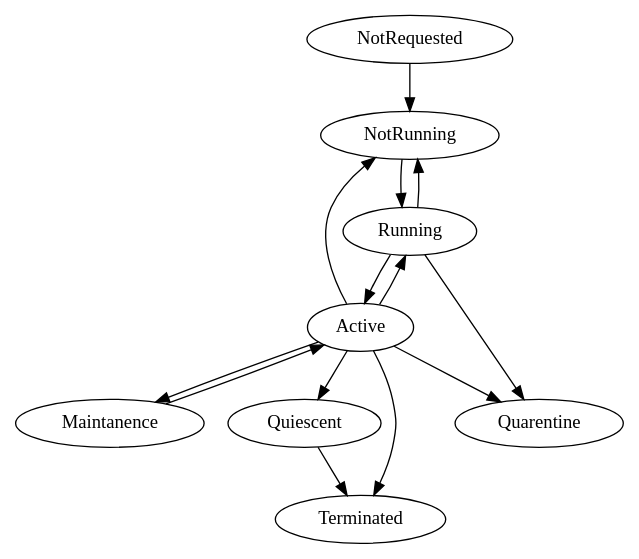
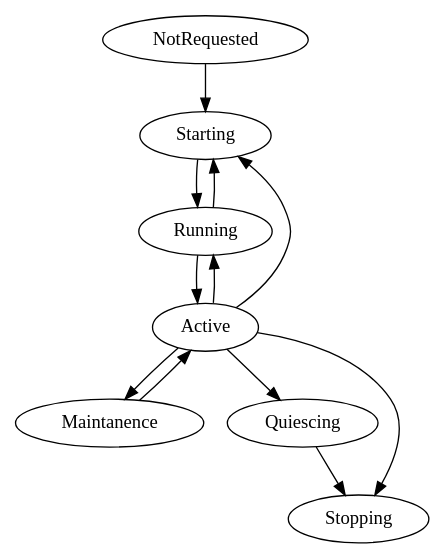
Before and after one commit to mt-inside/conductor: the diagram in doc/instance.dot, drawn with Graphviz. The commit also changed 31 other files, not shown here.

```diff
--- a/doc/instance.dot
+++ b/doc/instance.dot
@@ -1,31 +1,36 @@
 digraph instance
 {
-    NotRunning
-    // How know? Health checks tell us about it being active but not just
-    // existing. I think: VIM is async, messages when creation has been
-    // confirmed. After that, it doens't matter. If health tests fail it doesnt
+    /* On quarentine: not a first-class thing with a state. An instanceMonitor
+   * represents a moral part of the service - part of the target of the parent.
+   * Don't keep one of these hanging around for a quanerntine, finished, error,
+   * whatever. Quarentine is a flag, meaning don't delete the instance on error.
+   * Proabably track it by renaming it in the VIM so it can be found, raising a
+   * user event with details, and maybe even storing instance details in a list
+   * in this actor. */
+
+    Starting // Waiting for VIM driver to start instance
+    // After that, it doens't matter. If health tests fail it doesnt
     // matter if it's an app-level thing or a vaporised VM, response is the
     // same.
-    Running //Not in service discovery.
-    Active
-    Maintanence //No autoscale. Isn't this a cluster property? Do we want to expose / address clusers? (path will be peri/1/ssc/1. ssc is cluster). This is OK - the Instance(file) causes the *cluster* not the instance(actor), so it's an op in instance.
-    Quiescent //Not in service discovery
-    Quarentine
-    // plus error?
-    Terminated
+    Running // VIM driver messages to say that creation is confirmed (conspires with its backend)
+    Active // All health checks passing
+    Maintanence // No autoscale. Isn't this a cluster property (there's no cluster model but actually the user path to an instance is foo[0], if they address foo they'll hit the cluster? Cluster needs to know, but so do instances so that a) it can be exposed e.g. to their agent, and b) they know to ignore liveness checks etc)? Do we want to expose / address clusers? (path will be peri/1/ssc/1. ssc is cluster). This is OK - the Instance(file) causes the *cluster* not the instance(actor), so it's an op in instance.
+    // How know? Think "quesce/stop/busy checks" - vm allowed to go from
+    // quiescing to stopping when they start failing. Absense of any such checks
+    // means no quiece time
+    Quiescing // Not in service discovery. Instance property, not cluster (quesce individual instances on scale down)
+    Stopping // Actually waiting for VIM driver to kill the instance, mirror of Starting
 
-    NotRequested -> NotRunning
-    NotRunning -> Running
-    //NotRunning -> Active - if all the checks pass then either its alive and the vim is mis-communicating, or they're someone else's tests
-    Running -> Active
-    Running -> Quarentine // Didn't go active in time, quarentine
-    Running -> NotRunning // Didn't go active in time, no quarentine
-    Active -> Maintanence
-    Active -> NotRunning // Replace
-    Active -> Running // Restart-in-place
-    Active -> Quarentine // Died, Quarentine
-    Maintanence -> Active
-    Active -> Quiescent
-    Quiescent -> Terminated
-    Active -> Terminated
+    NotRequested -> Starting // because no event when entering the initial state
+    Starting -> Running // VIM driver confirms
+    //Starting -> Active - Can't happen
+    Running -> Active // Liveness checks start passing
+    Running -> Starting // Didn't go active in time
+    Active -> Maintanence // User-initiated
+    Active -> Starting // Checks failed, replace set
+    Active -> Running // Checks failes, restart-in-place set. Doesn't mean we somehow know that the service is dead but the OS is alive. When the checks fail the response is always the same: recover, be that replace or restart
+    Maintanence -> Active // User-initiated
+    Active -> Quiescing // User-initiated
+    Quiescing -> Stopping // How know? Quesce checks?
+    Active -> Stopping // Sent Stop by parent, because scale-down or it's stopping wholesale, etc
 }
```
